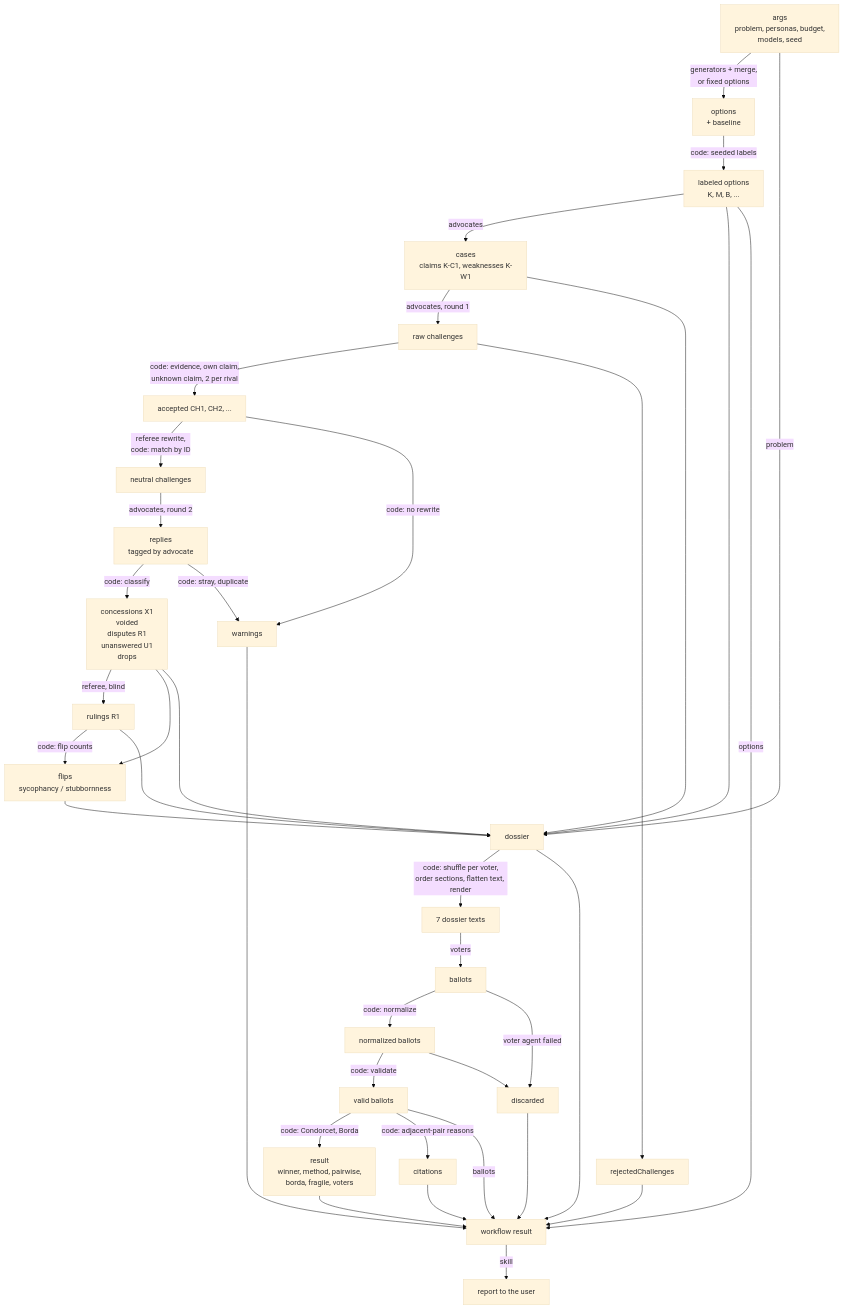
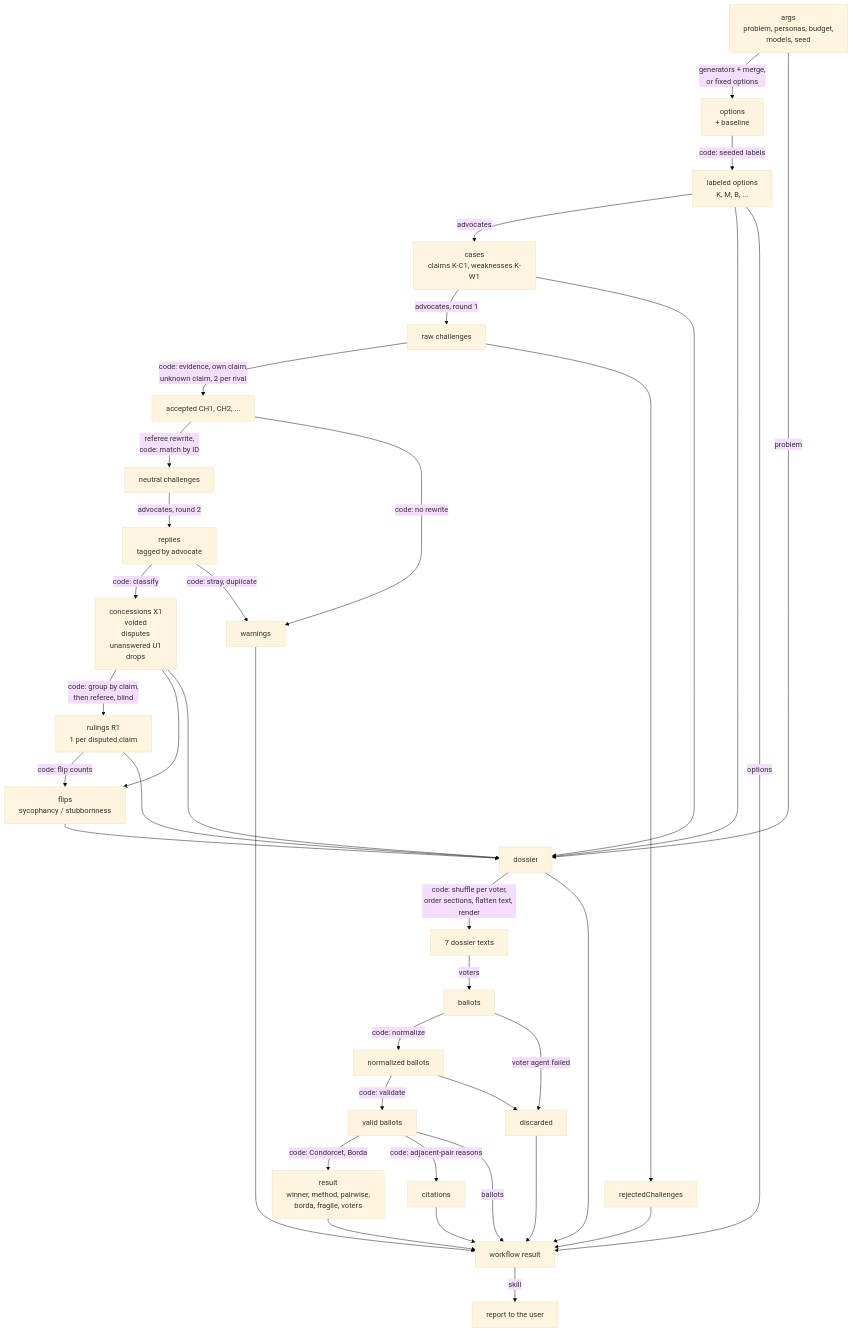
Before and after one commit to mattbran87/council-mode: the third of 3 diagrams in docs/architecture.md, drawn with Mermaid (base theme). The commit also changed other lines of this file and 3 other files, not shown here.

First line of the commit message:
Document the option cap, per-claim rulings, baseline rule, and stubbornness threshold

````diff
--- a/docs/architecture.md
+++ b/docs/architecture.md
@@ -90,40 +94,40 @@
 ```mermaid
 flowchart TD
   args[args<br/>problem, personas, budget,<br/>models, seed] -->|generators + merge,<br/>or fixed options| opts[options<br/>+ baseline]
   opts -->|code: seeded labels| labeled[labeled options<br/>K, M, B, ...]
   labeled -->|advocates| cases[cases<br/>claims K-C1, weaknesses K-W1]
   cases -->|advocates, round 1| rawch[raw challenges]
   rawch -->|code: evidence, own claim,<br/>unknown claim, 2 per rival| acc[accepted CH1, CH2, ...]
   rawch --> rej[rejectedChallenges]
   acc -->|referee rewrite,<br/>code: match by ID| neutral[neutral challenges]
   acc -->|code: no rewrite| warn[warnings]
   neutral -->|advocates, round 2| replies[replies<br/>tagged by advocate]
-  replies -->|code: classify| cls[concessions X1<br/>voided<br/>disputes R1<br/>unanswered U1<br/>drops]
+  replies -->|code: classify| cls[concessions X1<br/>voided<br/>disputes<br/>unanswered U1<br/>drops]
   replies -->|code: stray, duplicate| warn
-  cls -->|referee, blind| rul[rulings R1]
+  cls -->|code: group by claim,<br/>then referee, blind| rul[rulings R1<br/>1 per disputed claim]
   cls --> flips
   rul -->|code: flip counts| flips[flips<br/>sycophancy / stubbornness]
   args -->|problem| dos
   labeled --> dos
   cases --> dos
   cls --> dos
   rul --> dos
   flips --> dos[dossier]
   dos -->|code: shuffle per voter,<br/>order sections, flatten text, render| text[7 dossier texts]
   text -->|voters| bal[ballots]
   bal -->|code: normalize| norm[normalized ballots]
   norm -->|code: validate| valid[valid ballots]
   norm --> disc[discarded]
   bal -->|voter agent failed| disc
   valid -->|code: Condorcet, Borda| res[result<br/>winner, method, pairwise,<br/>borda, fragile, voters]
   valid -->|code: adjacent-pair reasons| cit[citations]
   res --> out[workflow result]
   cit --> out
   valid -->|ballots| out
   labeled -->|options| out
   disc --> out
   dos --> out
   rej --> out
   warn --> out
   out -->|skill| report[report to the user]
 ```
````
